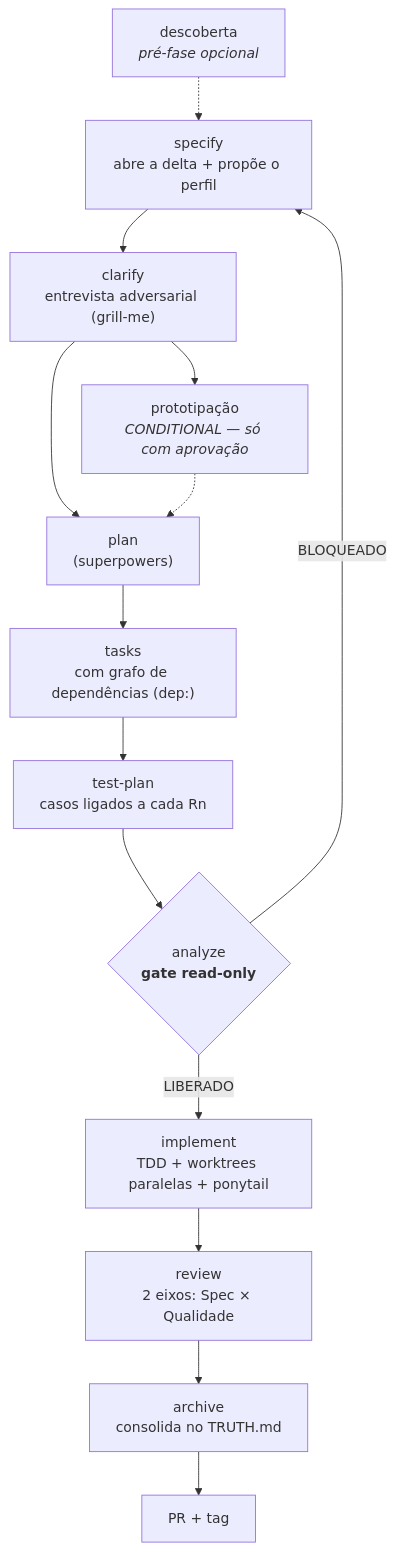
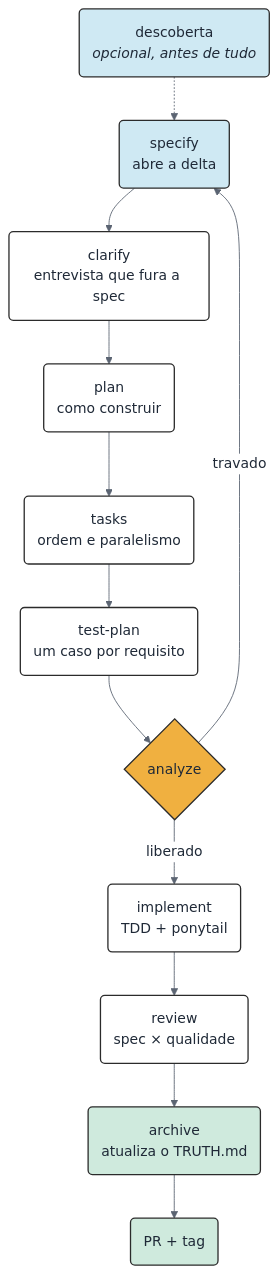
One commit to iuripereira/deltaspec changed the fifth of 6 diagrams in README.md. Above: the diagram before and after it, drawn with Mermaid. The commit also changed other lines of this file and 2 other files, not shown here.

````diff
--- a/README.md
+++ b/README.md
@@ -174,16 +203,24 @@
 ```mermaid
+%%{init: {'theme':'base','themeVariables':{'lineColor':'#5b6472','primaryTextColor':'#1f2937','primaryBorderColor':'#2b2b2b','edgeLabelBackground':'#ffffff'}}}%%
 flowchart TD
-    desc["descoberta<br><i>pré-fase opcional</i>"] -.-> spec
-    spec["specify<br>abre a delta + propõe o perfil"] --> cla["clarify<br>entrevista adversarial (grill-me)"]
-    cla --> proto["prototipação<br><i>CONDITIONAL — só com aprovação</i>"]
-    cla --> plan
-    proto -.-> plan["plan<br>(superpowers)"]
-    plan --> tk["tasks<br>com grafo de dependências (dep:)"]
-    tk --> tp["test-plan<br>casos ligados a cada Rn"]
-    tp --> an{"analyze<br><b>gate read-only</b>"}
-    an -->|BLOQUEADO| spec
-    an -->|LIBERADO| imp["implement<br>TDD + worktrees paralelas + ponytail"]
-    imp --> rev["review<br>2 eixos: Spec × Qualidade"]
-    rev --> arc["archive<br>consolida no TRUTH.md"]
-    arc --> pr["PR + tag"]
+    desc("descoberta<br><i>opcional, antes de tudo</i>") -.-> spec
+    spec("specify<br>abre a delta") --> cla("clarify<br>entrevista que fura a spec")
+    cla --> plan("plan<br>como construir")
+    plan --> tk("tasks<br>ordem e paralelismo")
+    tk --> tp("test-plan<br>um caso por requisito")
+    tp --> an{"analyze"}
+    an -->|travado| spec
+    an -->|liberado| imp("implement<br>TDD + ponytail")
+    imp --> rev("review<br>spec × qualidade")
+    rev --> arc("archive<br>atualiza o TRUTH.md")
+    arc --> pr("PR + tag")
+
+    classDef inicio fill:#cfe9f3,stroke:#2b2b2b,stroke-width:1.5px,color:#1f2937
+    classDef fase fill:#ffffff,stroke:#2b2b2b,stroke-width:1.5px,color:#1f2937
+    classDef porta fill:#f0b040,stroke:#2b2b2b,stroke-width:1.5px,color:#1f2937
+    classDef fim fill:#cfeadd,stroke:#2b2b2b,stroke-width:1.5px,color:#1f2937
+    class desc,spec inicio
+    class cla,plan,tk,tp,imp,rev fase
+    class an porta
+    class arc,pr fim
 ```
````
